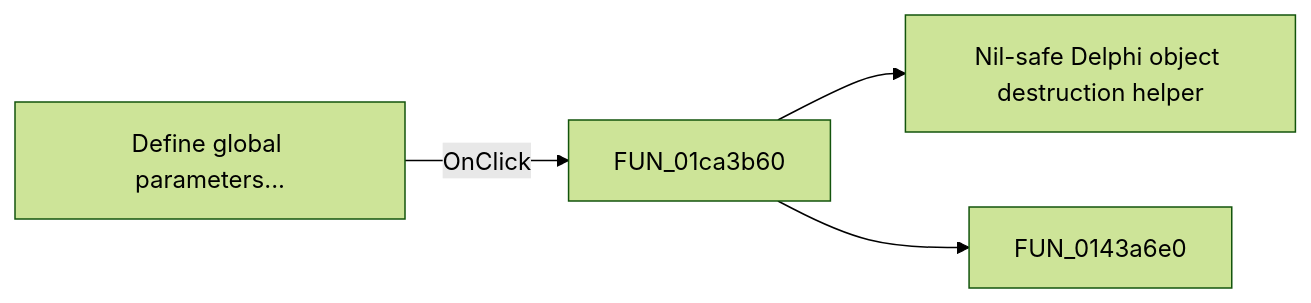
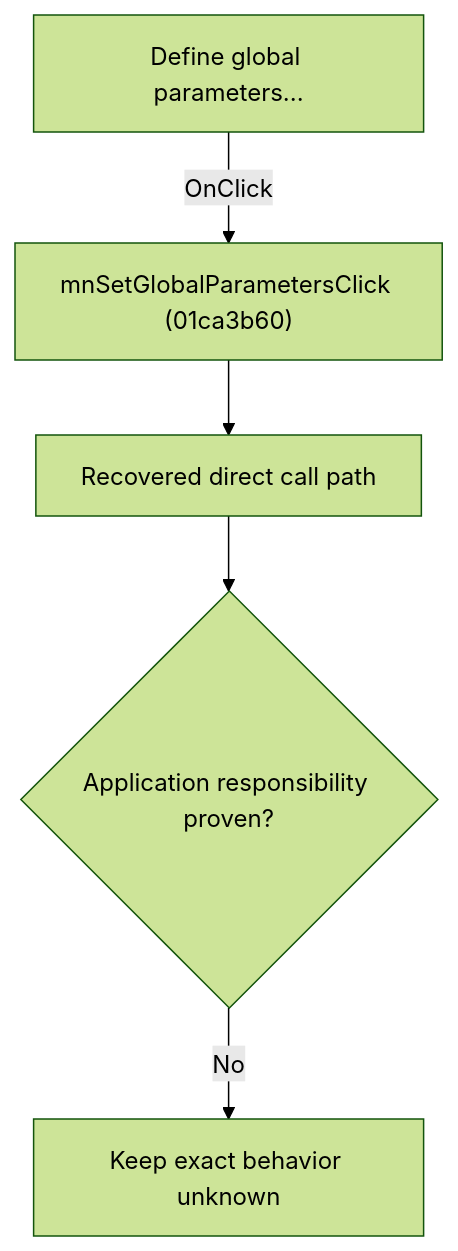
The diagram in docs/ui-controls/schematiceditor/mnsetglobalparameters-7327b88b2e.md (MovGP0/TIARA), drawn with Mermaid (forest theme) before and after one commit. The commit also changed other lines of this file and 1062 other files, not shown here.

````diff
--- a/docs/ui-controls/schematiceditor/mnsetglobalparameters-7327b88b2e.md
+++ b/docs/ui-controls/schematiceditor/mnsetglobalparameters-7327b88b2e.md
@@ -27,6 +27,7 @@
 ```mermaid
-flowchart LR
-    control["Define global parameters..."] -->|OnClick| handler["FUN_01ca3b60"]
-    handler --> call1["Nil-safe Delphi object destruction helper"]
-    handler --> call2["FUN_0143a6e0"]
+flowchart TD
+    control["Define global parameters..."] -->|"OnClick"| handler["mnSetGlobalParametersClick (01ca3b60)"]
+    handler --> recovered["Recovered direct call path"]
+    recovered --> gap{"Application responsibility proven?"}
+    gap -->|"No"| blocked["Keep exact behavior unknown"]
 ```
````
